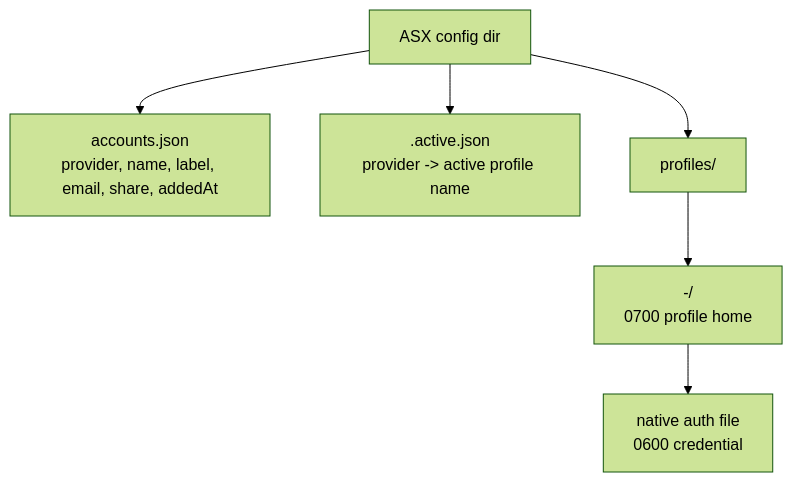
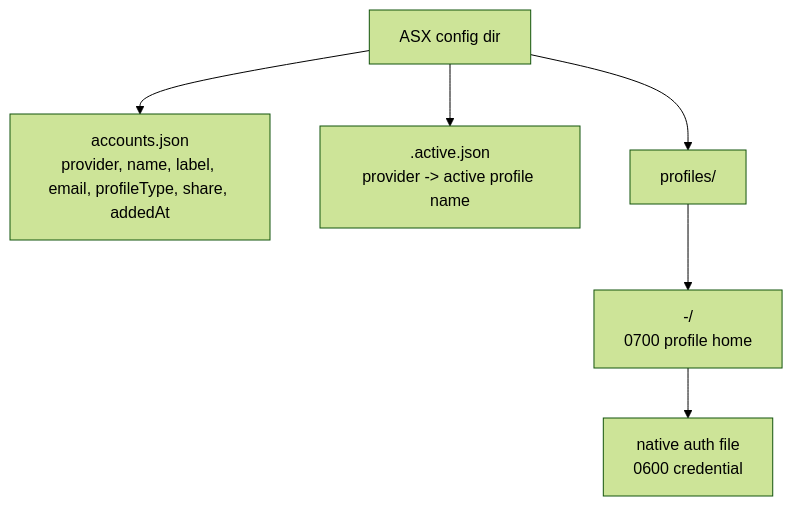
Before and after one commit to enif-lee/asx: the fourth of 9 diagrams in ARCHITECTURE.md, drawn with Mermaid (forest theme). The commit also changed other lines of this file and 12 other files, not shown here.

````diff
--- a/ARCHITECTURE.md
+++ b/ARCHITECTURE.md
@@ -101,13 +101,13 @@
 ```mermaid
 flowchart TD
   Config["ASX config dir"]
-  Accounts["accounts.json<br/>provider, name, label, email, share, addedAt"]
+  Accounts["accounts.json<br/>provider, name, label, email, profileType, share, addedAt"]
   Active[".active.json<br/>provider -> active profile name"]
   Profiles["profiles/"]
   ProfileHome["<provider>-<name>/<br/>0700 profile home"]
   Credential["native auth file<br/>0600 credential"]
 
   Config --> Accounts
   Config --> Active
   Config --> Profiles --> ProfileHome --> Credential
 ```
````
